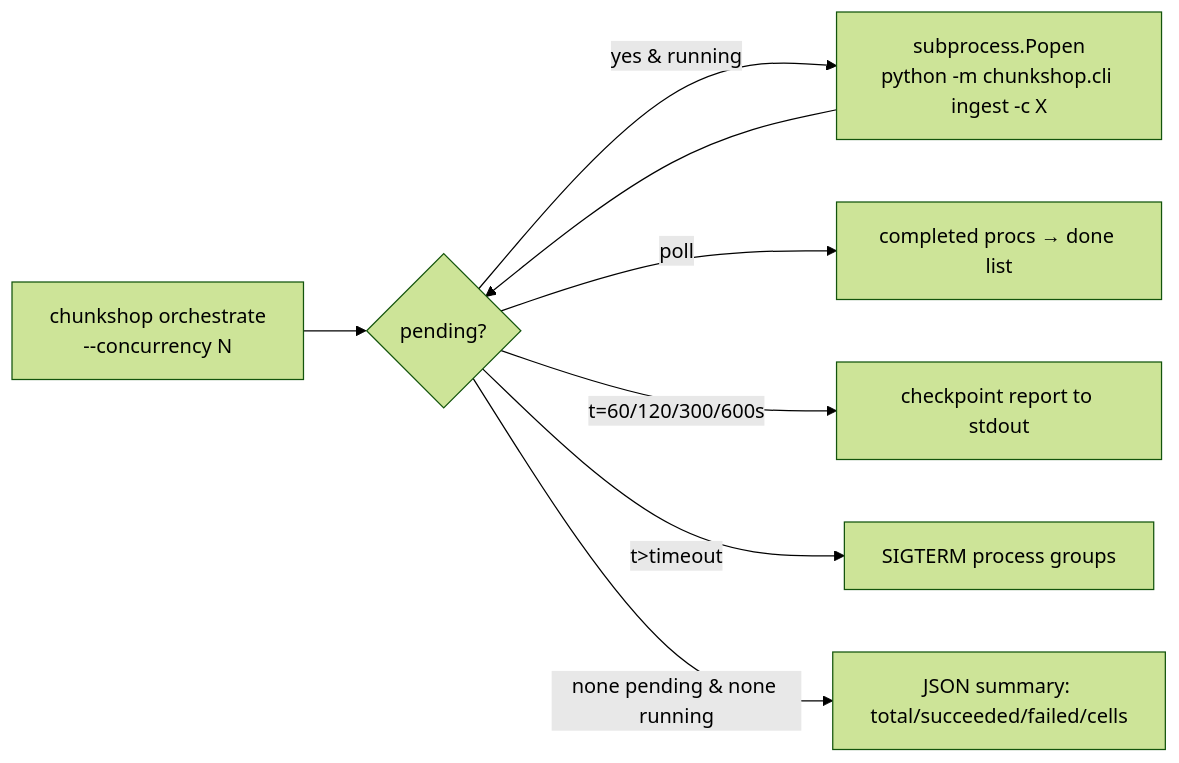
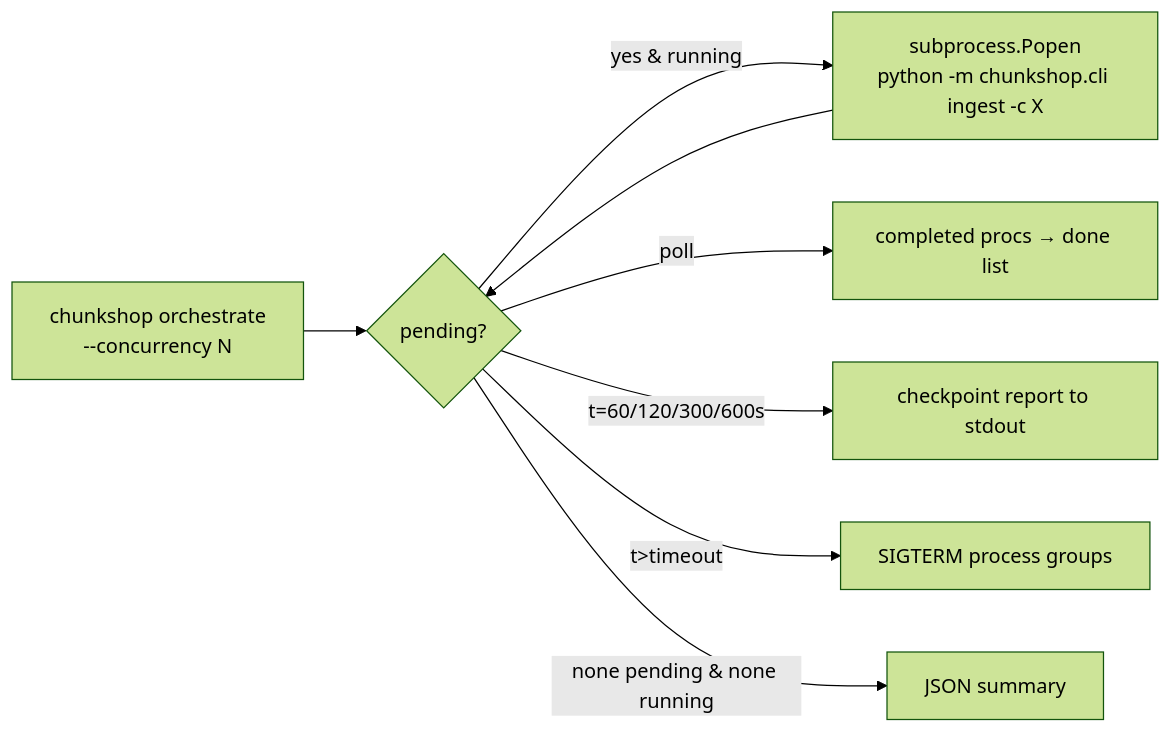
The fifth of 5 diagrams in docs/architecture.md (yonk-labs/chunkshop), drawn with Mermaid (forest theme) before and after one commit. The commit also changed other lines of this file and 8 other files, not shown here.

First line of the commit message:
docs(v0.4.0): per-engine docs, mix doc, architecture + README rewrite

````diff
--- a/docs/architecture.md
+++ b/docs/architecture.md
@@ -226,10 +277,10 @@
 ```mermaid
 flowchart LR
     O[chunkshop orchestrate<br/>--concurrency N] --> POP
     POP{pending?} -- yes & running<N --> SPAWN
     SPAWN[subprocess.Popen<br/>python -m chunkshop.cli ingest -c X] --> POP
     POP -- poll --> COMP[completed procs → done list]
     POP -- t=60/120/300/600s --> CKP[checkpoint report to stdout]
     POP -- t>timeout --> KILL[SIGTERM process groups]
-    POP -- none pending & none running --> SUM[JSON summary: total/succeeded/failed/cells]
+    POP -- none pending & none running --> SUM[JSON summary]
 ```
````
